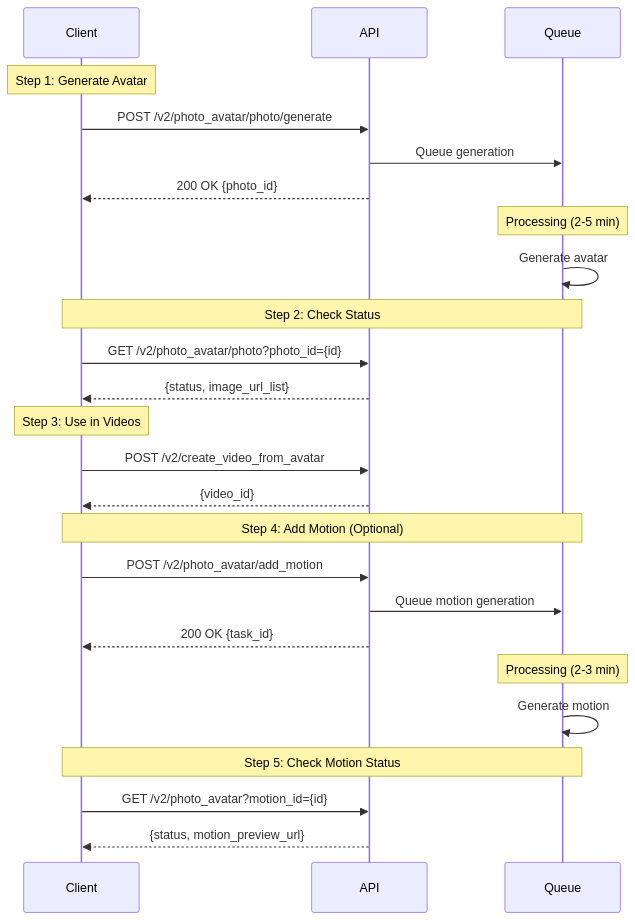
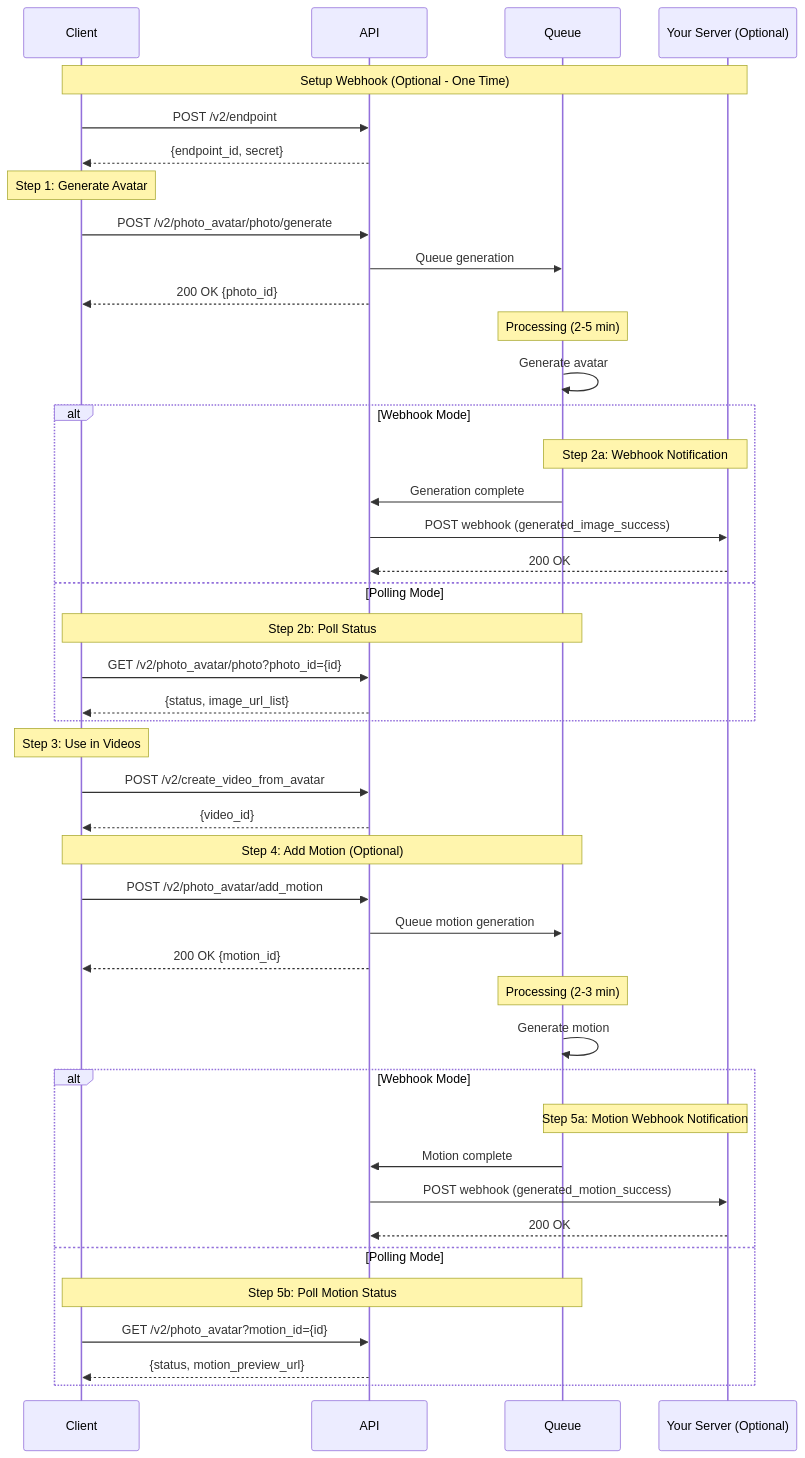
Before and after one commit to JoggAI-Tech/docs: the diagram in api-reference/v2/API Documentation/CreatePhotoAvatar.mdx, drawn with Mermaid. The commit also changed other lines of this file and 3 other files, not shown here.

````diff
--- a/api-reference/v2/API Documentation/CreatePhotoAvatar.mdx
+++ b/api-reference/v2/API Documentation/CreatePhotoAvatar.mdx
@@ -51,34 +51,53 @@
 ```mermaid
 sequenceDiagram
     participant Client
     participant API
     participant Queue
+    participant Webhook as Your Server (Optional)
+    
+    Note over Client,Webhook: Setup Webhook (Optional - One Time)
+    Client->>API: POST /v2/endpoint
+    API-->>Client: {endpoint_id, secret}
     
     Note over Client: Step 1: Generate Avatar
     Client->>API: POST /v2/photo_avatar/photo/generate
     API->>Queue: Queue generation
     API-->>Client: 200 OK {photo_id}
     
     Note over Queue: Processing (2-5 min)
     Queue->>Queue: Generate avatar
     
-    Note over Client,Queue: Step 2: Check Status
-    Client->>API: GET /v2/photo_avatar/photo?photo_id={id}
-    API-->>Client: {status, image_url_list}
+    alt Webhook Mode
+        Note over Queue,Webhook: Step 2a: Webhook Notification
+        Queue->>API: Generation complete
+        API->>Webhook: POST webhook (generated_image_success)
+        Webhook-->>API: 200 OK
+    else Polling Mode
+        Note over Client,Queue: Step 2b: Poll Status
+        Client->>API: GET /v2/photo_avatar/photo?photo_id={id}
+        API-->>Client: {status, image_url_list}
+    end
     
     Note over Client: Step 3: Use in Videos
     Client->>API: POST /v2/create_video_from_avatar
     API-->>Client: {video_id}
     
     Note over Client,Queue: Step 4: Add Motion (Optional)
     Client->>API: POST /v2/photo_avatar/add_motion
     API->>Queue: Queue motion generation
-    API-->>Client: 200 OK {task_id}
+    API-->>Client: 200 OK {motion_id}
     
     Note over Queue: Processing (2-3 min)
     Queue->>Queue: Generate motion
     
-    Note over Client,Queue: Step 5: Check Motion Status
-    Client->>API: GET /v2/photo_avatar?motion_id={id}
-    API-->>Client: {status, motion_preview_url}
+    alt Webhook Mode
+        Note over Queue,Webhook: Step 5a: Motion Webhook Notification
+        Queue->>API: Motion complete
+        API->>Webhook: POST webhook (generated_motion_success)
+        Webhook-->>API: 200 OK
+    else Polling Mode
+        Note over Client,Queue: Step 5b: Poll Motion Status
+        Client->>API: GET /v2/photo_avatar?motion_id={id}
+        API-->>Client: {status, motion_preview_url}
+    end
 ```
````
